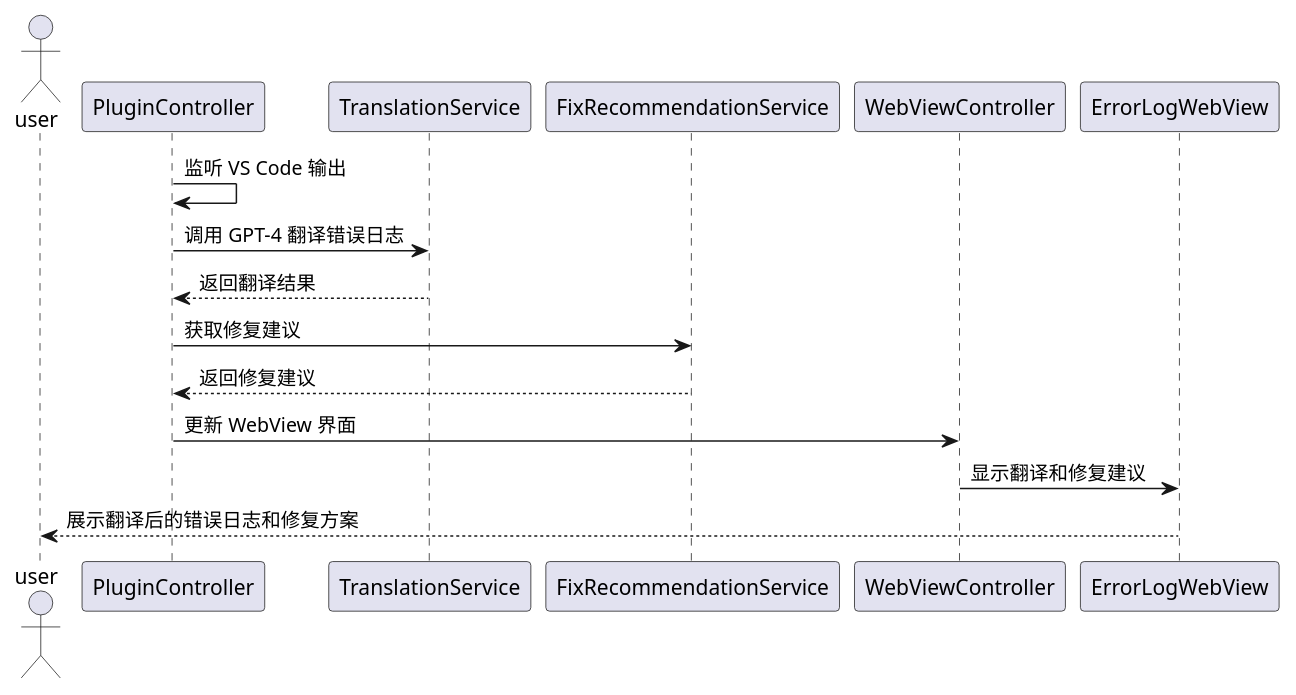
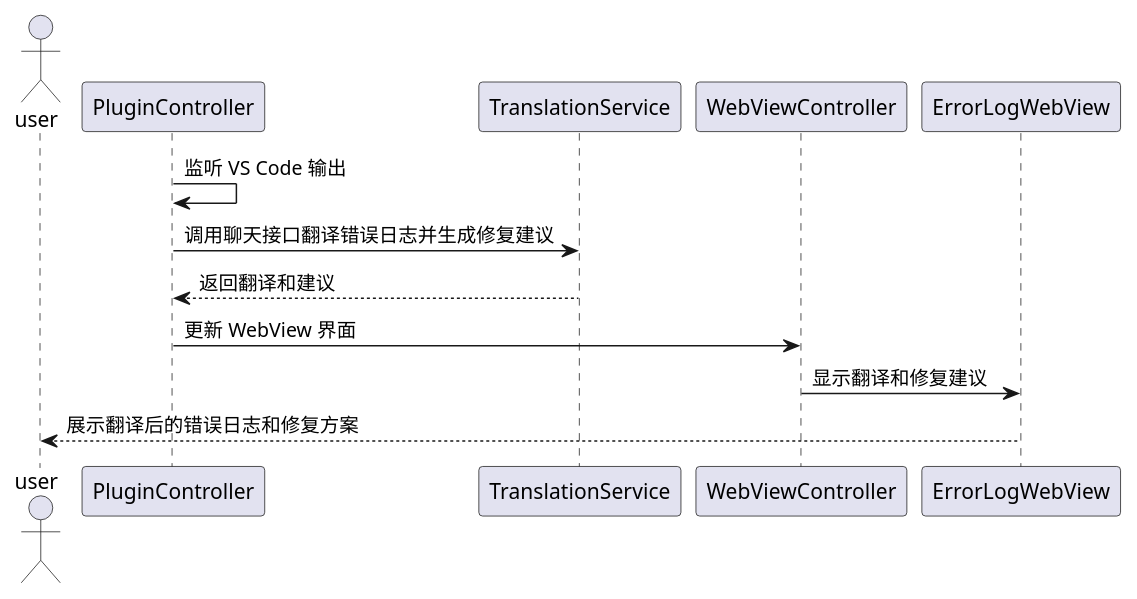
Before and after one commit to SGloria/vscode-error-log-helper: the seventh of 7 diagrams in design_document.md, drawn with PlantUML. The commit also changed other lines of this file and 5 other files, not shown here.

````diff
--- a/design_document.md
+++ b/design_document.md
@@ -181,22 +181,19 @@
 ```plantuml
 @startuml
 
 actor user
 
 participant PluginController
 participant TranslationService
-participant FixRecommendationService
 participant WebViewController
 participant ErrorLogWebView
 
 PluginController -> PluginController: 监听 VS Code 输出
-PluginController -> TranslationService: 调用 GPT-4 翻译错误日志
-TranslationService --> PluginController: 返回翻译结果
-PluginController -> FixRecommendationService: 获取修复建议
-FixRecommendationService --> PluginController: 返回修复建议
+PluginController -> TranslationService: 调用聊天接口翻译错误日志并生成修复建议
+TranslationService --> PluginController: 返回翻译和建议
 PluginController -> WebViewController: 更新 WebView 界面
 WebViewController -> ErrorLogWebView: 显示翻译和修复建议
 ErrorLogWebView --> user: 展示翻译后的错误日志和修复方案
 
 @enduml
 ```
````
